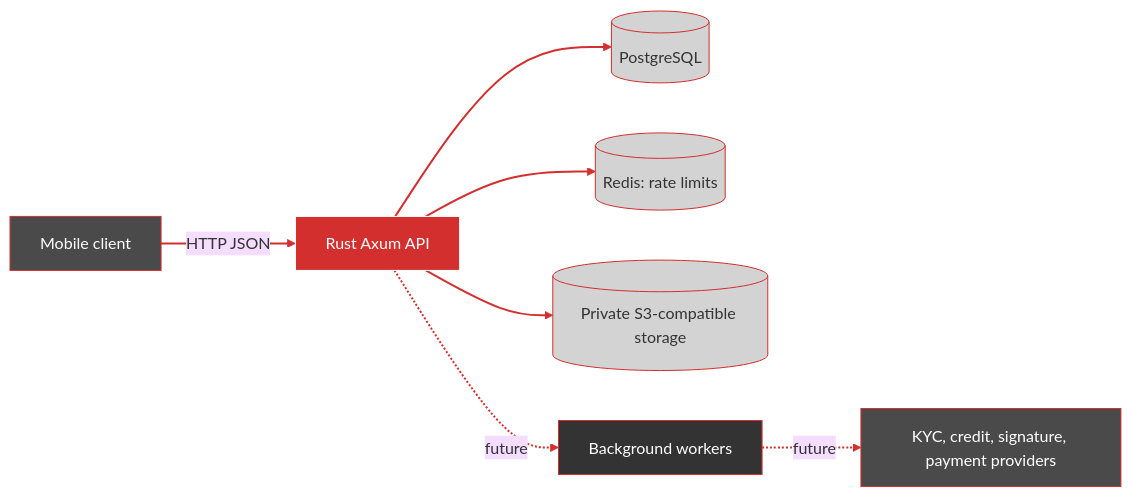
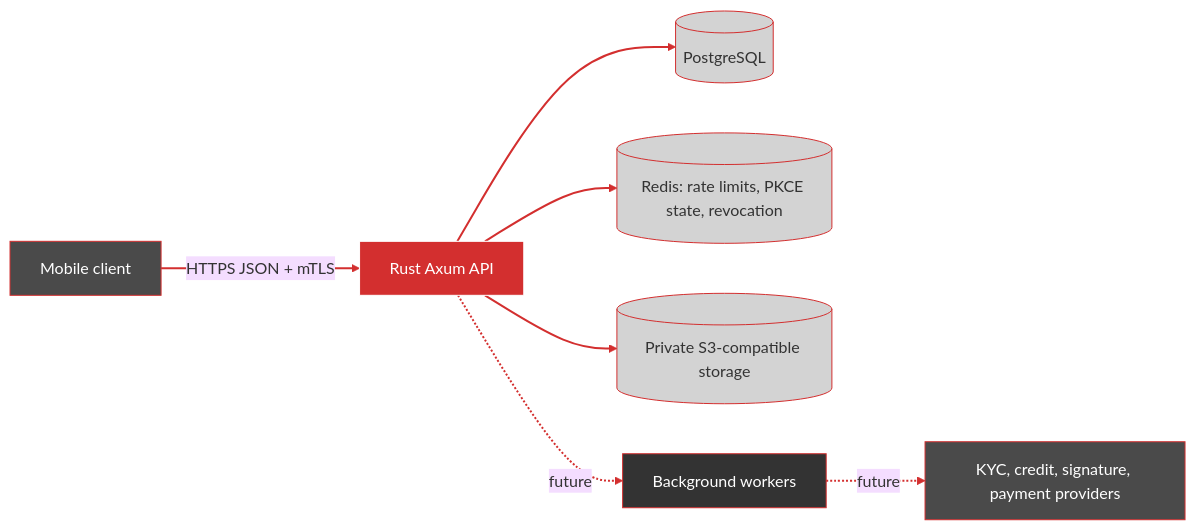
Before and after one commit to Rho-Studio/rho-studio-back-end: the first of 2 diagrams in architecture.md, drawn with Mermaid. The commit also changed other lines of this file and 1 other file, not shown here.

Commit message:
UPDATE | #7 AUTHENTICATION ARCHITECTURE

````diff
--- a/architecture.md
+++ b/architecture.md
@@ -29,20 +32,20 @@
 ```mermaid
 %%{init: {"theme":"base","themeVariables":{"background":"#FFFFFF","mainBkg":"#FFFFFF","textColor":"#333333","lineColor":"#D32F2F"}}}%%
 flowchart LR
-	Client[Mobile client] -->|HTTP JSON| API[Rust Axum API]
+	Client[Mobile client] -->|HTTPS JSON + mTLS| API[Rust Axum API]
 	API --> DB[(PostgreSQL)]
-	API --> Cache[(Redis: rate limits)]
+	API --> Cache[(Redis: rate limits, PKCE state, revocation)]
 	API --> Storage[(Private S3-compatible storage)]
 	API -. future .-> Worker[Background workers]
 	Worker -. future .-> Providers[KYC, credit, signature, payment providers]
 
 	linkStyle default stroke:#D32F2F,stroke-width:2px
 	classDef rhoRed fill:#D32F2F,stroke:#FFFFFF,color:#FFFFFF
 	classDef rhoFeature fill:#4A4A4A,stroke:#D32F2F,color:#FFFFFF
 	classDef rhoCore fill:#333333,stroke:#D32F2F,color:#FFFFFF
 	classDef rhoData fill:#D3D3D3,stroke:#D32F2F,color:#333333
 	class Client,Providers rhoFeature
 	class API rhoRed
 	class Worker rhoCore
 	class DB,Cache,Storage rhoData
 ```
````
